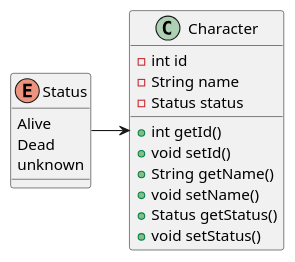
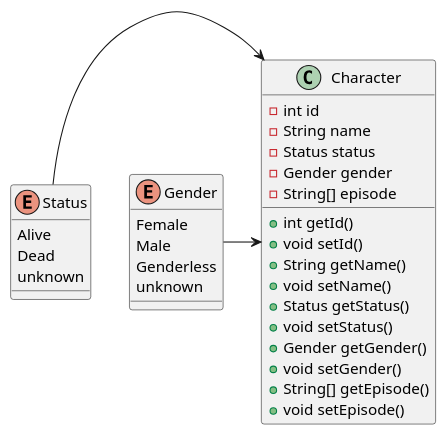
The diagram in Week2/UML/Character.plantuml (jsolis-itcr/poo-class), drawn with PlantUML before and after one commit. The commit also changed 5 other files, not shown here.

```diff
--- a/Week2/UML/Character.plantuml
+++ b/Week2/UML/Character.plantuml
@@ -1,23 +1,37 @@
 @startuml
 
 enum Status {
     Alive
     Dead
     unknown
 }
 
+enum Gender {
+    Female
+    Male
+    Genderless
+    unknown
+}
+
 class Character {
     - int id
     - String name
     - Status status
+    - Gender gender
+    - String[] episode
     + int getId()
     + void setId()
     + String getName()
     + void setName()
     + Status getStatus()
     + void setStatus()
+    + Gender getGender()
+    + void setGender()
+    + String[] getEpisode()
+    + void setEpisode()
 }
 
 Status -> Character
+Gender -> Character
 
 @enduml
```
